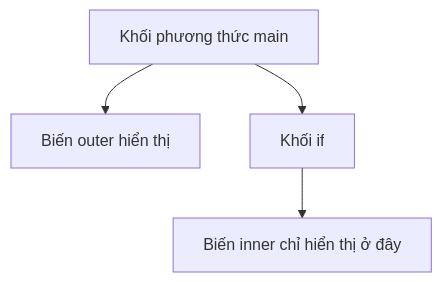
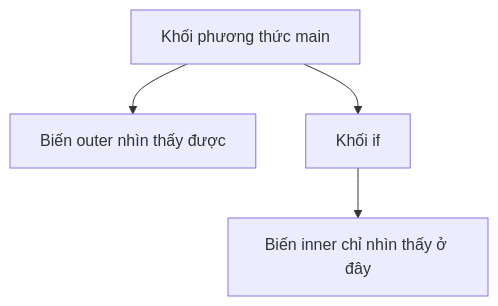
The first of 2 diagrams in vi/02-basic-syntax/theory/04-naming-keywords-blocks-scope.md (PhuThien2005/theoretical-of-java-core), drawn with Mermaid before and after one commit. The commit also changed other lines of this file and 229 other files, not shown here.

````diff
--- a/vi/02-basic-syntax/theory/04-naming-keywords-blocks-scope.md
+++ b/vi/02-basic-syntax/theory/04-naming-keywords-blocks-scope.md
@@ -96,6 +96,6 @@
 ```mermaid
 flowchart TD
-    A[Khối phương thức main] --> B[Biến outer hiển thị]
+    A[Khối phương thức main] --> B[Biến outer nhìn thấy được]
     A --> C[Khối if]
-    C --> D[Biến inner chỉ hiển thị ở đây]
+    C --> D[Biến inner chỉ nhìn thấy ở đây]
 ```
````
